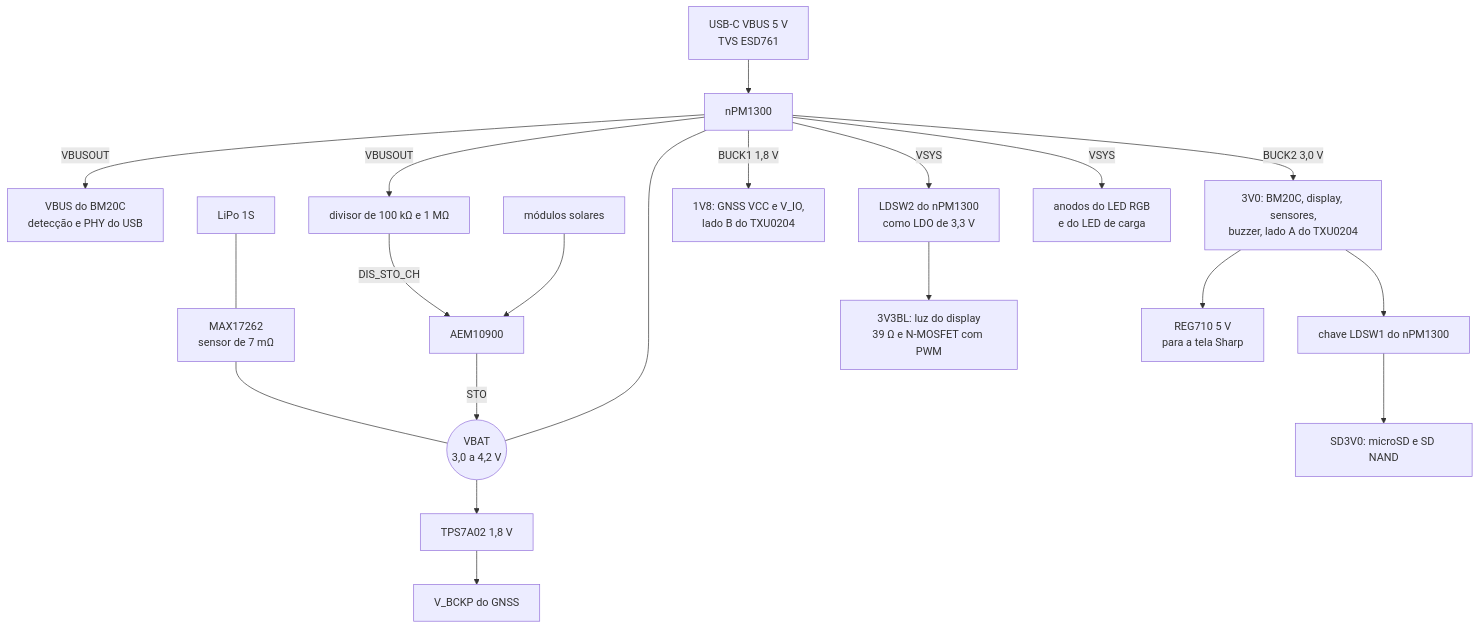
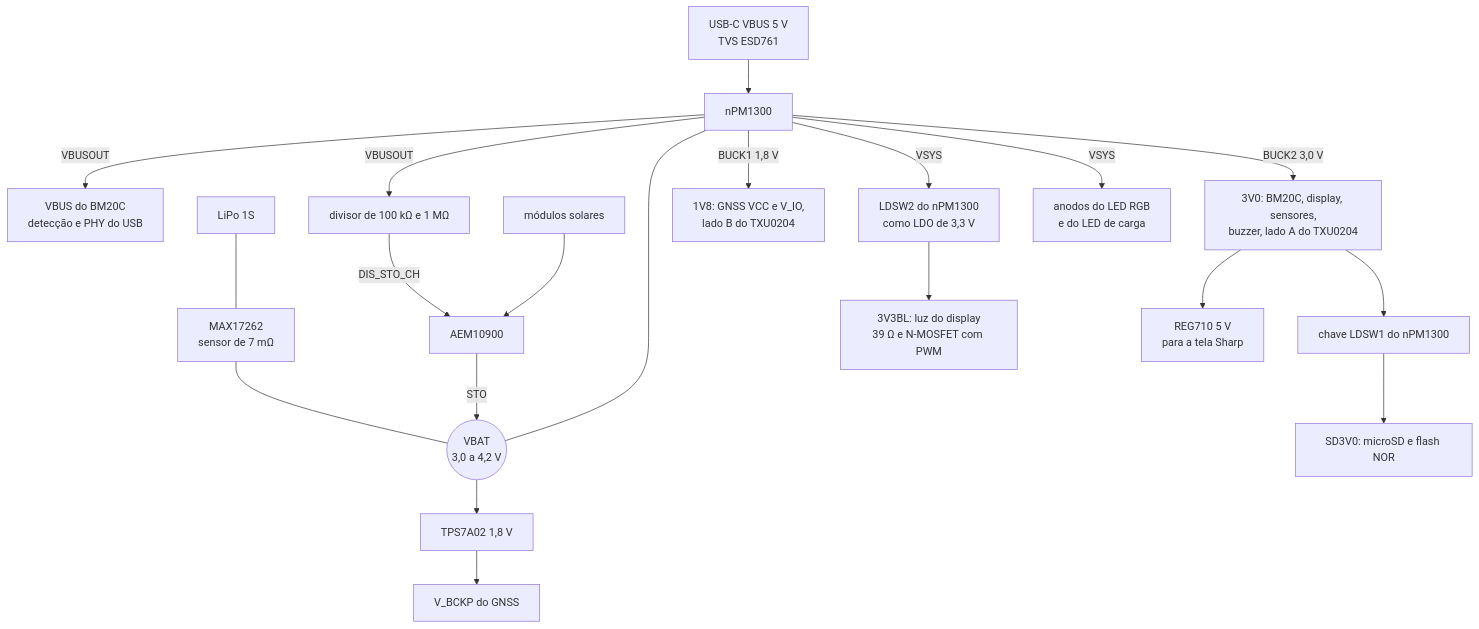
Before and after one commit to Guiimartinho/gnss-bike-computer: the second of 3 diagrams in docs/14-hardware-placa-nova.md, drawn with Mermaid. The commit also changed other lines of this file and 7 other files, not shown here.

First line of the commit message:
feat(board): store on soldered NOR flash instead of a card

````diff
--- a/docs/14-hardware-placa-nova.md
+++ b/docs/14-hardware-placa-nova.md
@@ -81,22 +81,22 @@
 ```mermaid
 flowchart TD
     VBUS["USB-C VBUS 5 V<br/>TVS ESD761"] --> PMIC["nPM1300"]
     PMIC -->|"VBUSOUT"| NRFVBUS["VBUS do BM20C<br/>detecção e PHY do USB"]
     PMIC -->|"VBUSOUT"| DIV["divisor de 100 kΩ e 1 MΩ"]
     DIV -->|"DIS_STO_CH"| AEM
     CELL["LiPo 1S"] --- GAUGE["MAX17262<br/>sensor de 7 mΩ"]
     GAUGE --- VBAT(("VBAT<br/>3,0 a 4,2 V"))
     VBAT --- PMIC
     PV["módulos solares"] --> AEM["AEM10900"]
     AEM -->|"STO"| VBAT
     VBAT --> LDO["TPS7A02 1,8 V"]
     LDO --> VBCKP["V_BCKP do GNSS"]
     PMIC -->|"BUCK2 3,0 V"| R3V0["3V0: BM20C, display, sensores,<br/>buzzer, lado A do TXU0204"]
     PMIC -->|"BUCK1 1,8 V"| R1V8["1V8: GNSS VCC e V_IO,<br/>lado B do TXU0204"]
     R3V0 --> LSW["chave LDSW1 do nPM1300"]
-    LSW --> RSD["SD3V0: microSD e SD NAND"]
+    LSW --> RSD["SD3V0: microSD e flash NOR"]
     PMIC -->|"VSYS"| LDO2["LDSW2 do nPM1300<br/>como LDO de 3,3 V"]
     LDO2 --> RBL["3V3BL: luz do display<br/>39 Ω e N-MOSFET com PWM"]
     PMIC -->|"VSYS"| RLED["anodos do LED RGB<br/>e do LED de carga"]
     R3V0 --> CP["REG710 5 V<br/>para a tela Sharp"]
 ```
````
